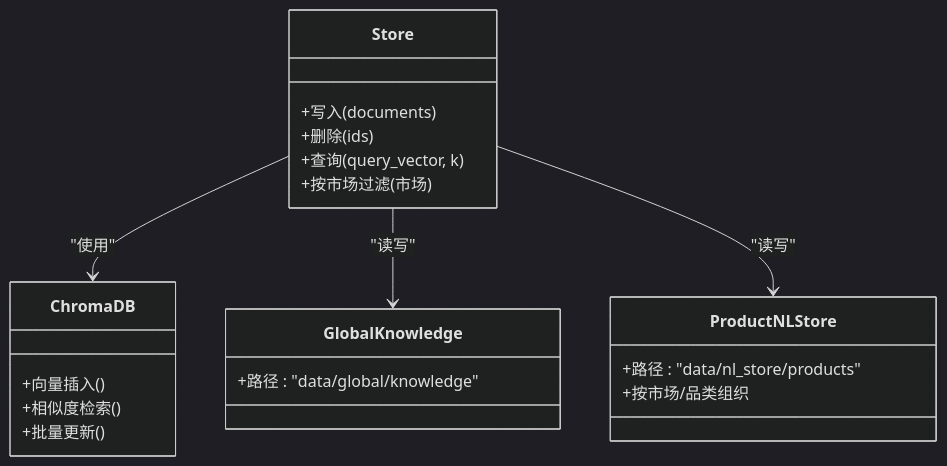
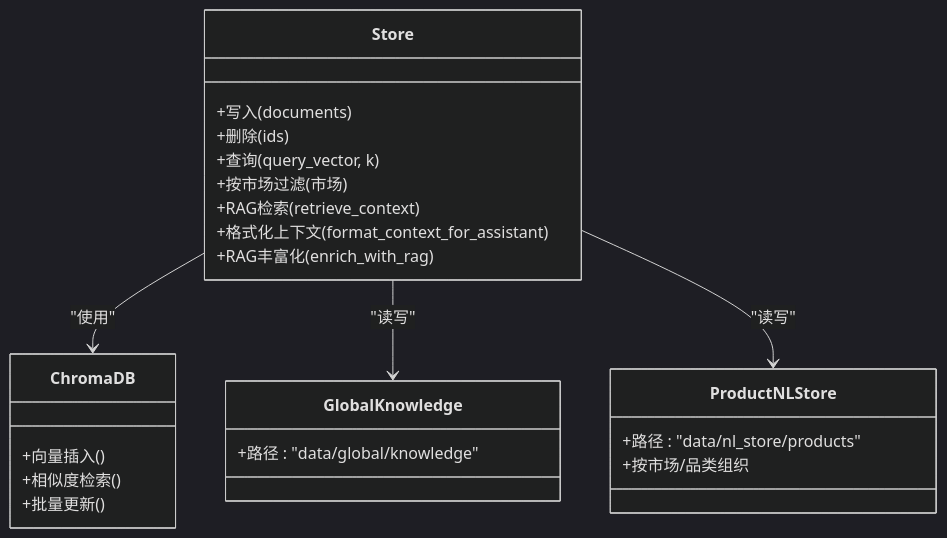
Before and after one commit to angledick/-: the fourth of 8 diagrams in .qoder/repowiki/zh/content/核心业务模块/知识管理系统/知识管理系统.md, drawn with Mermaid (dark theme). The commit also changed other lines of this file and 770 other files, not shown here.

````diff
--- a/.qoder/repowiki/zh/content/核心业务模块/知识管理系统/知识管理系统.md
+++ b/.qoder/repowiki/zh/content/核心业务模块/知识管理系统/知识管理系统.md
@@ -214,24 +195,27 @@
 ```mermaid
 classDiagram
 class Store {
 +写入(documents)
 +删除(ids)
 +查询(query_vector, k)
 +按市场过滤(市场)
++RAG检索(retrieve_context)
++格式化上下文(format_context_for_assistant)
++RAG丰富化(enrich_with_rag)
 }
 class ChromaDB {
 +向量插入()
 +相似度检索()
 +批量更新()
 }
 class GlobalKnowledge {
 +路径 : "data/global/knowledge"
 }
 class ProductNLStore {
 +路径 : "data/nl_store/products"
 +按市场/品类组织
 }
 Store --> ChromaDB : "使用"
 Store --> GlobalKnowledge : "读写"
 Store --> ProductNLStore : "读写"
 ```
````
